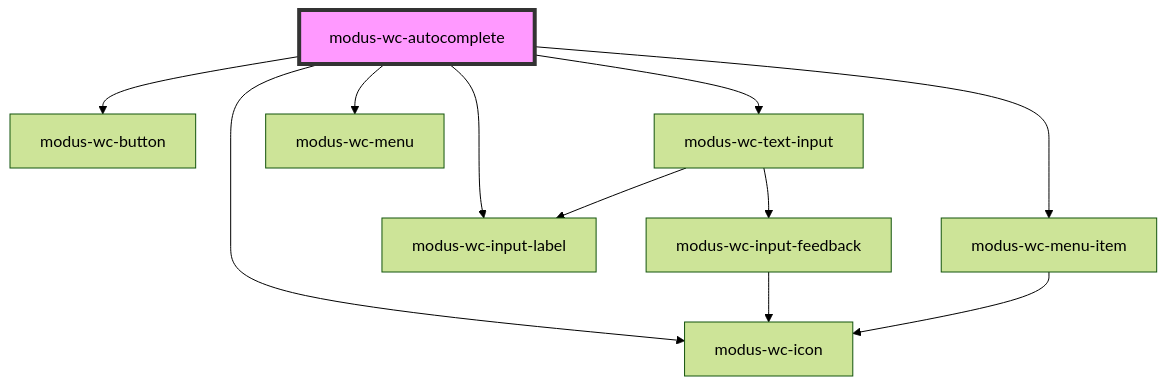
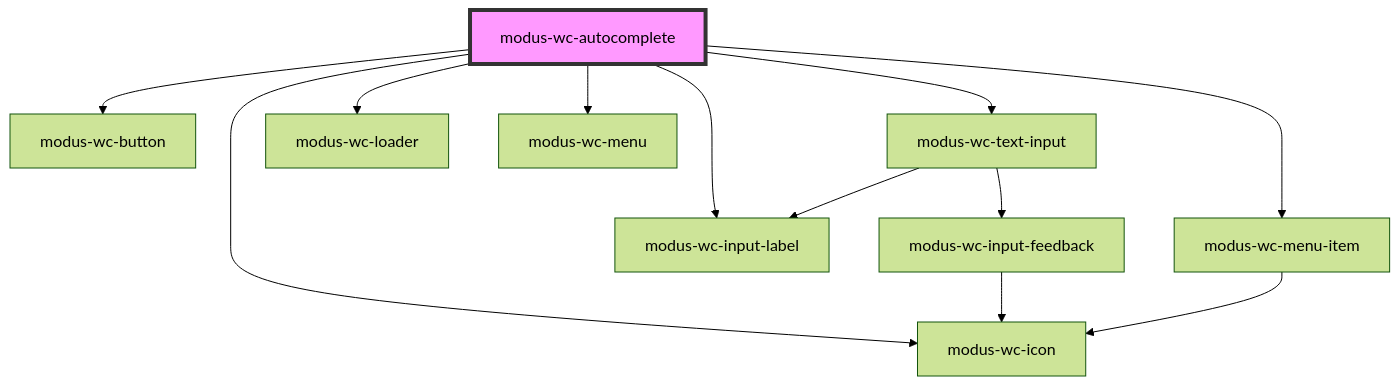
One commit to trimble-oss/modus-wc-2.0 changed the diagram in src/components/modus-wc-autocomplete/readme.md. Above: the diagram before and after it, drawn with Mermaid (forest theme). The commit also changed other lines of this file and 4 other files, not shown here.

````diff
--- a/src/components/modus-wc-autocomplete/readme.md
+++ b/src/components/modus-wc-autocomplete/readme.md
@@ -61,14 +63,15 @@
 ```mermaid
 graph TD;
   modus-wc-autocomplete --> modus-wc-icon
   modus-wc-autocomplete --> modus-wc-button
   modus-wc-autocomplete --> modus-wc-text-input
+  modus-wc-autocomplete --> modus-wc-loader
   modus-wc-autocomplete --> modus-wc-menu-item
   modus-wc-autocomplete --> modus-wc-input-label
   modus-wc-autocomplete --> modus-wc-menu
   modus-wc-text-input --> modus-wc-input-label
   modus-wc-text-input --> modus-wc-input-feedback
   modus-wc-input-feedback --> modus-wc-icon
   modus-wc-menu-item --> modus-wc-icon
   style modus-wc-autocomplete fill:#f9f,stroke:#333,stroke-width:4px
 ```
````
